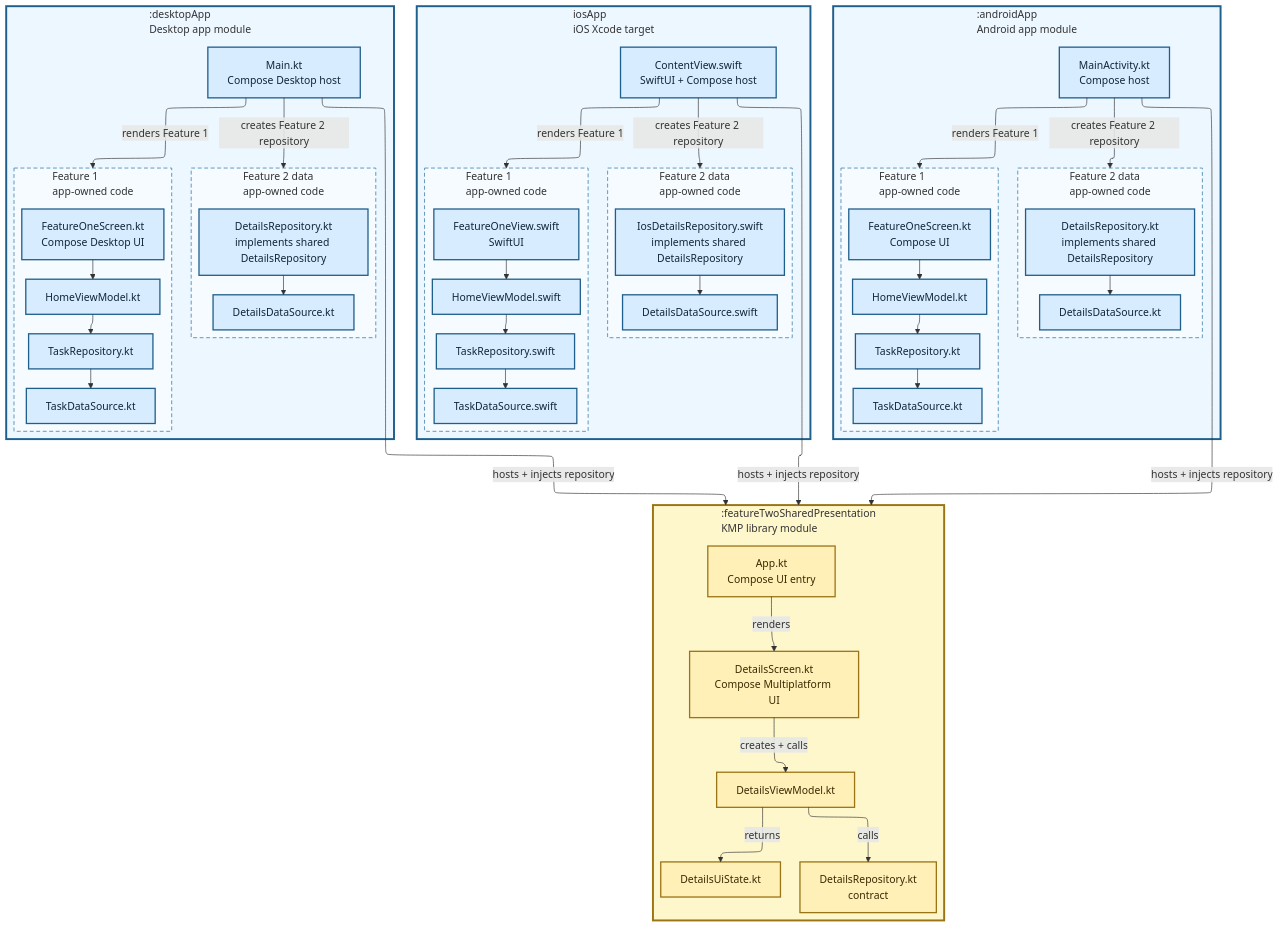
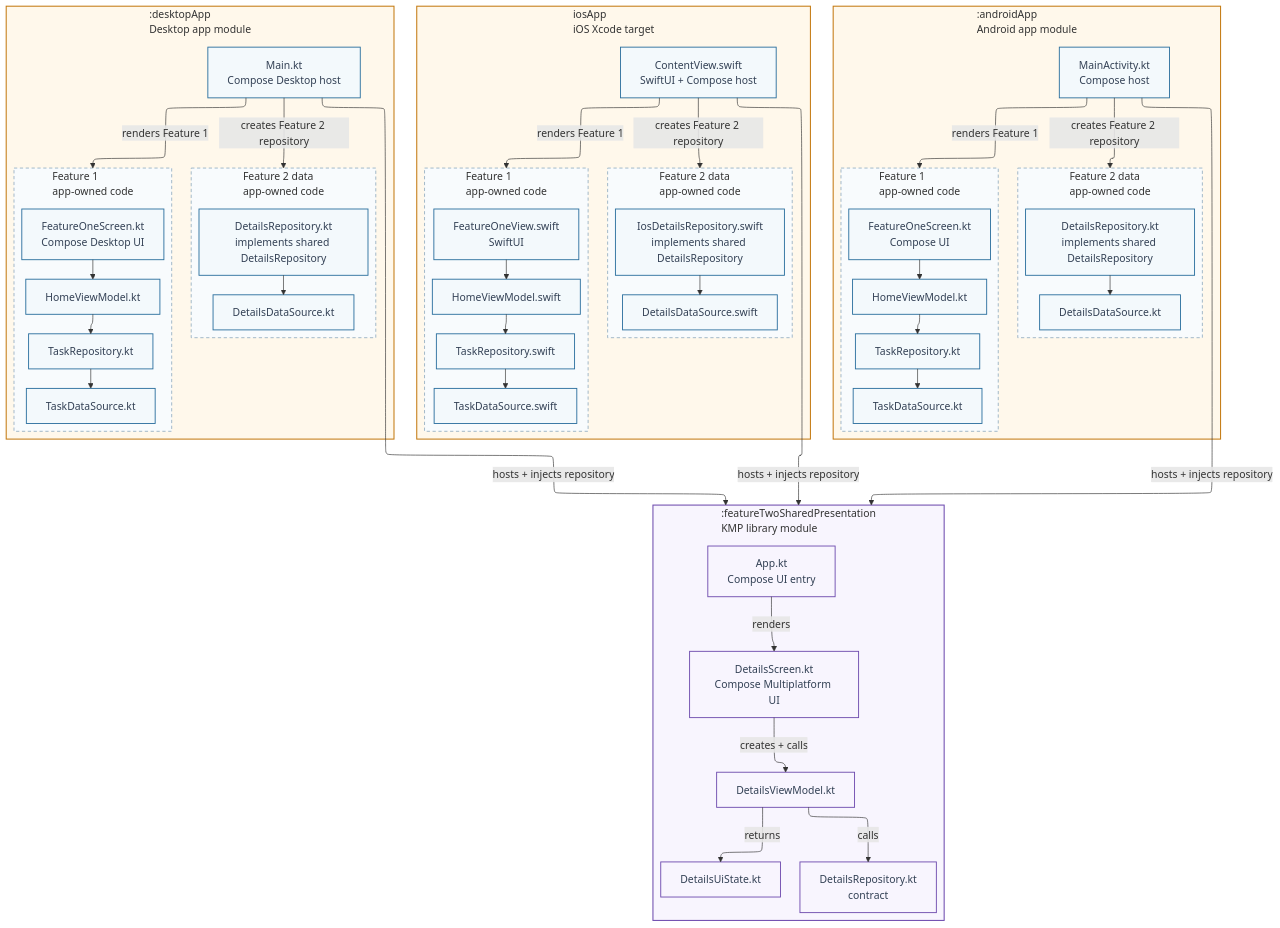
Before and after one commit to TheSetox/kmp-sample-diagrams: the diagram in diagrams/11-modular-kmp-presentation-layer.md, drawn with Mermaid. The commit also changed 42 other files, not shown here.

Commit message:
Redesign Mermaid architecture diagrams

````diff
--- a/diagrams/11-modular-kmp-presentation-layer.md
+++ b/diagrams/11-modular-kmp-presentation-layer.md
@@ -90,18 +90,18 @@
   IEntry -->|"hosts + injects repository"| KMP
   AEntry -->|"hosts + injects repository"| KMP
 
-  classDef app fill:#d8ecff,stroke:#1f5f8b,color:#0f2738,stroke-width:2px;
-  classDef kmp fill:#fff0b8,stroke:#9b7415,color:#3b2a00,stroke-width:2px;
+  classDef app fill:#f3f9fc,stroke:#2b6f9e,color:#334155,stroke-width:1.4px;
+  classDef kmp fill:#f8f5fe,stroke:#6e4bae,color:#334155,stroke-width:1.4px;
   class AEntry,AHomeUI,AHomeVM,ATaskRepository,ATaskDataSource,ADetailsRepository,ADetailsDataSource,IEntry,IHomeUI,IHomeVM,ITaskRepository,ITaskDataSource,IDetailsRepository,IDetailsDataSource,DEntry,DHomeUI,DHomeVM,DTaskRepository,DTaskDataSource,DDetailsRepository,DDetailsDataSource app;
   class App,Screen,State,VM,RepositoryPort kmp;
-  style Android fill:#edf7ff,stroke:#1f5f8b,stroke-width:3px
-  style IOS fill:#edf7ff,stroke:#1f5f8b,stroke-width:3px
-  style Desktop fill:#edf7ff,stroke:#1f5f8b,stroke-width:3px
-  style AFeatureOne fill:#f6fbff,stroke:#5f97bd,stroke-width:1.5px,stroke-dasharray:6 4
-  style AFeatureTwo fill:#f6fbff,stroke:#5f97bd,stroke-width:1.5px,stroke-dasharray:6 4
-  style IFeatureOne fill:#f6fbff,stroke:#5f97bd,stroke-width:1.5px,stroke-dasharray:6 4
-  style IFeatureTwo fill:#f6fbff,stroke:#5f97bd,stroke-width:1.5px,stroke-dasharray:6 4
-  style DFeatureOne fill:#f6fbff,stroke:#5f97bd,stroke-width:1.5px,stroke-dasharray:6 4
-  style DFeatureTwo fill:#f6fbff,stroke:#5f97bd,stroke-width:1.5px,stroke-dasharray:6 4
-  style KMP fill:#fff7cc,stroke:#9b7415,stroke-width:3px
+  style Android fill:#fff8eb,stroke:#c47a12,stroke-width:1.6px
+  style IOS fill:#fff8eb,stroke:#c47a12,stroke-width:1.6px
+  style Desktop fill:#fff8eb,stroke:#c47a12,stroke-width:1.6px
+  style AFeatureOne fill:#f8fbfd,stroke:#8aa7bc,stroke-width:1.2px,stroke-dasharray:5 4
+  style AFeatureTwo fill:#f8fbfd,stroke:#8aa7bc,stroke-width:1.2px,stroke-dasharray:5 4
+  style IFeatureOne fill:#f8fbfd,stroke:#8aa7bc,stroke-width:1.2px,stroke-dasharray:5 4
+  style IFeatureTwo fill:#f8fbfd,stroke:#8aa7bc,stroke-width:1.2px,stroke-dasharray:5 4
+  style DFeatureOne fill:#f8fbfd,stroke:#8aa7bc,stroke-width:1.2px,stroke-dasharray:5 4
+  style DFeatureTwo fill:#f8fbfd,stroke:#8aa7bc,stroke-width:1.2px,stroke-dasharray:5 4
+  style KMP fill:#f8f5fe,stroke:#6e4bae,stroke-width:1.6px
 ```
````
